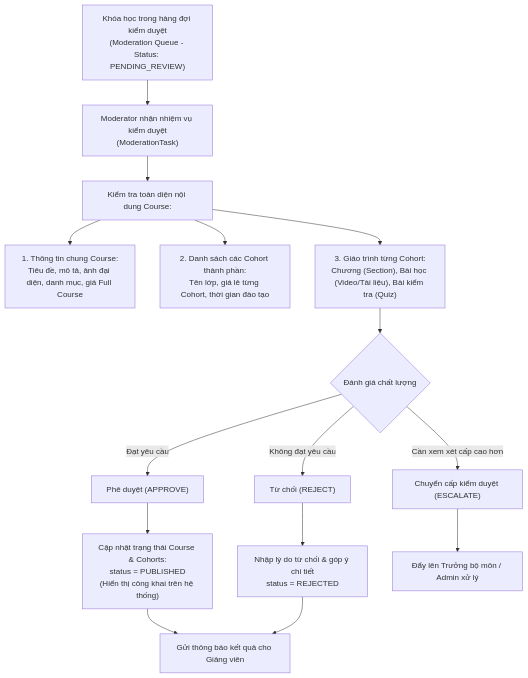
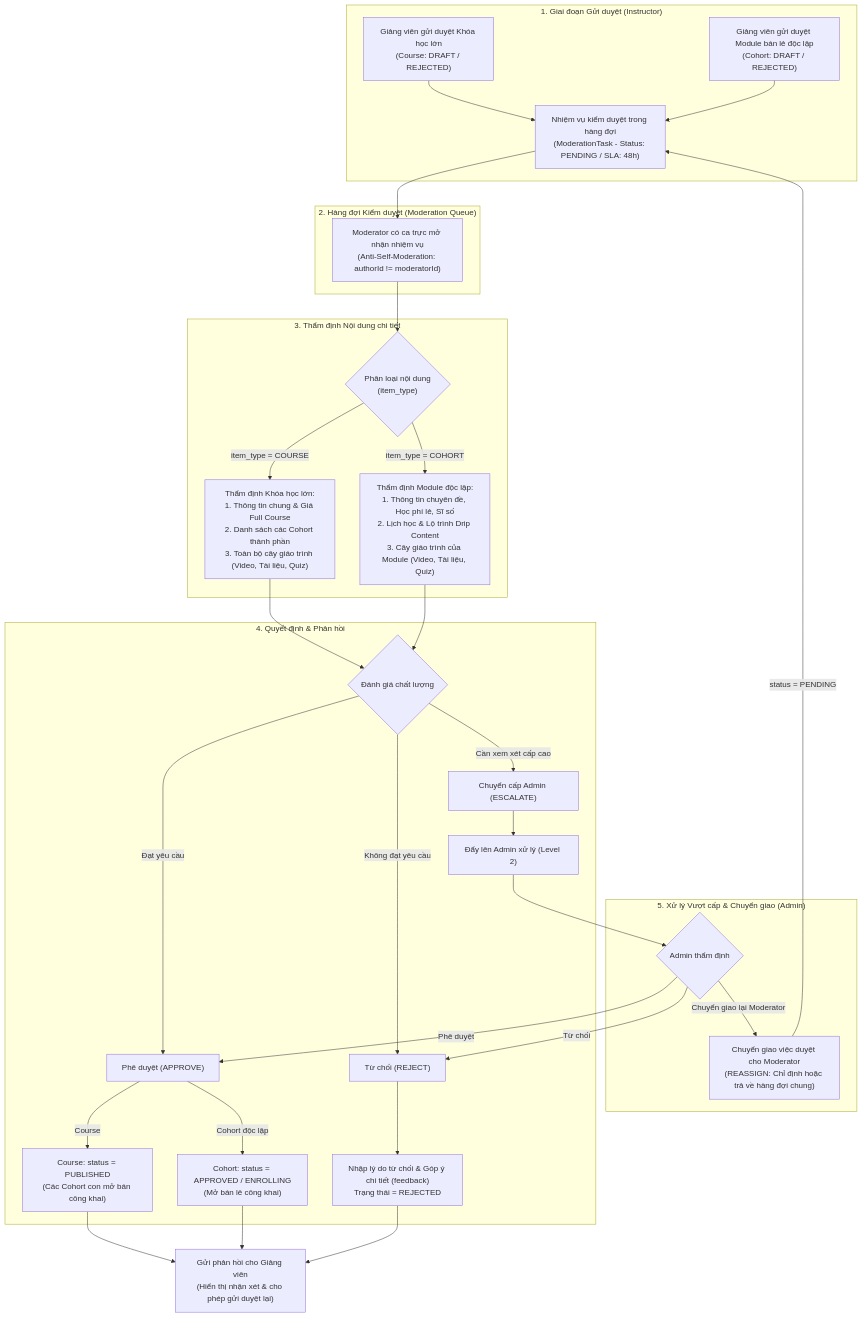
Before and after one commit to TienNguyen23-12/utelearn-platform: the first of 2 diagrams in docs/usecases/UC04_KiemDuyetNoiDung.md, drawn with Mermaid. The commit also changed other lines of this file and 62 other files, not shown here.

Commit message:
fix(module-moderation): auto-sync dynamic cohort status, moderation workflow and curriculum features

````diff
--- a/docs/usecases/UC04_KiemDuyetNoiDung.md
+++ b/docs/usecases/UC04_KiemDuyetNoiDung.md
@@ -5,22 +5,45 @@
 ```mermaid
 graph TD
-    Queue["Khóa học trong hàng đợi kiểm duyệt<br/>(Moderation Queue - Status: PENDING_REVIEW)"] --> ModSelect["Moderator nhận nhiệm vụ kiểm duyệt<br/>(ModerationTask)"]
+    subgraph Submission["1. Giai đoạn Gửi duyệt (Instructor)"]
+        SubmitCourse["Giảng viên gửi duyệt Khóa học lớn<br/>(Course: DRAFT / REJECTED)"] --> Queue
+        SubmitCohort["Giảng viên gửi duyệt Module bán lẻ độc lập<br/>(Cohort: DRAFT / REJECTED)"] --> Queue
+    end
 
-    ModSelect --> Inspect["Kiểm tra toàn diện nội dung Course:"]
-    Inspect --> CheckInfo["1. Thông tin chung Course:<br/>Tiêu đề, mô tả, ảnh đại diện, danh mục, giá Full Course"]
-    Inspect --> CheckCohorts["2. Danh sách các Cohort thành phần:<br/>Tên lớp, giá lẻ từng Cohort, thời gian đào tạo"]
-    Inspect --> CheckCurriculum["3. Giáo trình từng Cohort:<br/>Chương (Section), Bài học (Video/Tài liệu), Bài kiểm tra (Quiz)"]
+    subgraph QueueStage["2. Hàng đợi Kiểm duyệt (Moderation Queue)"]
+        Queue["Nhiệm vụ kiểm duyệt trong hàng đợi<br/>(ModerationTask - Status: PENDING / SLA: 48h)"] --> ModSelect["Moderator có ca trực mở nhận nhiệm vụ<br/>(Anti-Self-Moderation: authorId != moderatorId)"]
+    end
 
-    CheckCurriculum --> Decision{"Đánh giá chất lượng"}
+    subgraph Inspection["3. Thẩm định Nội dung chi tiết"]
+        ModSelect --> CheckType{"Phân loại nội dung<br/>(item_type)"}
+        
+        CheckType -->|"item_type = COURSE"| InspectCourse["Thẩm định Khóa học lớn:<br/>1. Thông tin chung & Giá Full Course<br/>2. Danh sách các Cohort thành phần<br/>3. Toàn bộ cây giáo trình (Video, Tài liệu, Quiz)"]
+        CheckType -->|"item_type = COHORT"| InspectCohort["Thẩm định Module độc lập:<br/>1. Thông tin chuyên đề, Học phí lẻ, Sĩ số<br/>2. Lịch học & Lộ trình Drip Content<br/>3. Cây giáo trình của Module (Video, Tài liệu, Quiz)"]
+    end
 
-    Decision -->|"Đạt yêu cầu"| Approve["Phê duyệt (APPROVE)"]
-    Decision -->|"Không đạt yêu cầu"| Reject["Từ chối (REJECT)"]
-    Decision -->|"Cần xem xét cấp cao hơn"| Escalate["Chuyển cấp kiểm duyệt (ESCALATE)"]
+    InspectCourse --> Decision{"Đánh giá chất lượng"}
+    InspectCohort --> Decision
 
-    Approve --> PubStatus["Cập nhật trạng thái Course & Cohorts:<br/>status = PUBLISHED<br/>(Hiển thị công khai trên hệ thống)"]
-    Reject --> RejFeedback["Nhập lý do từ chối & góp ý chi tiết<br/>status = REJECTED"]
-    Escalate --> EscQueue["Đẩy lên Trưởng bộ môn / Admin xử lý"]
+    subgraph DecisionStage["4. Quyết định & Phản hồi"]
+        Decision -->|"Đạt yêu cầu"| Approve["Phê duyệt (APPROVE)"]
+        Decision -->|"Không đạt yêu cầu"| Reject["Từ chối (REJECT)"]
+        Decision -->|"Cần xem xét cấp cao"| Escalate["Chuyển cấp Admin (ESCALATE)"]
 
-    PubStatus --> NotifyTeacher["Gửi thông báo kết quả cho Giảng viên"]
-    RejFeedback --> NotifyTeacher
+        Approve -->|"Course"| PubCourse["Course: status = PUBLISHED<br/>(Các Cohort con mở bán công khai)"]
+        Approve -->|"Cohort độc lập"| PubCohort["Cohort: status = APPROVED / ENROLLING<br/>(Mở bán lẻ công khai)"]
+
+        Reject --> RejFeedback["Nhập lý do từ chối & Góp ý chi tiết (feedback)<br/>Trạng thái = REJECTED"]
+        Escalate --> EscQueue["Đẩy lên Admin xử lý (Level 2)"]
+    end
+
+    subgraph AdminAction["5. Xử lý Vượt cấp & Chuyển giao (Admin)"]
+        EscQueue --> AdminDecision{"Admin thẩm định"}
+        AdminDecision -->|"Phê duyệt"| Approve
+        AdminDecision -->|"Từ chối"| Reject
+        AdminDecision -->|"Chuyển giao lại Moderator"| Reassign["Chuyển giao việc duyệt cho Moderator<br/>(REASSIGN: Chỉ định hoặc trả về hàng đợi chung)"]
+        Reassign -->|"status = PENDING"| Queue
+    end
+
+    RejFeedback --> NotifyTeacher["Gửi phản hồi cho Giảng viên<br/>(Hiển thị nhận xét & cho phép gửi duyệt lại)"]
+    PubCourse --> NotifyTeacher
+    PubCohort --> NotifyTeacher
 ```
````
